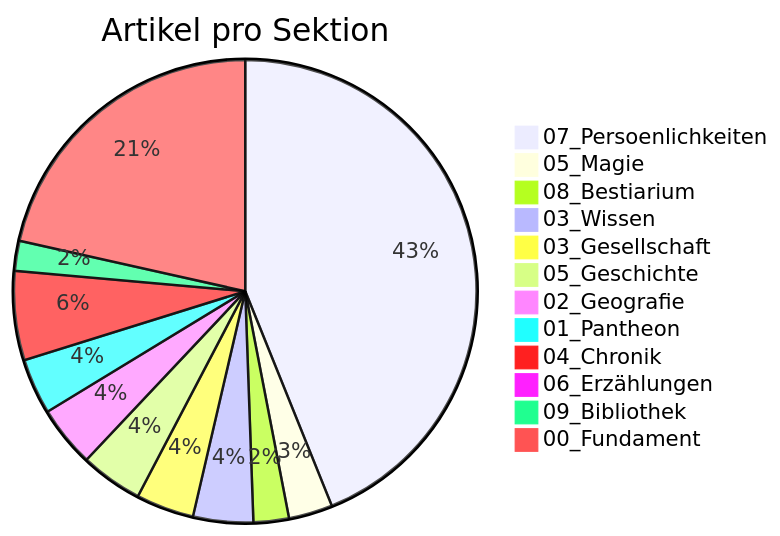
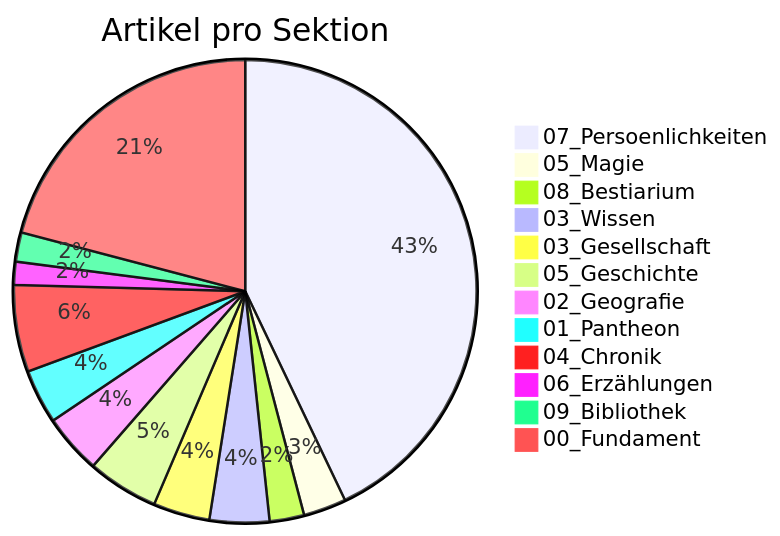
The diagram in docs/Siebenwind_Wiki/10_Archiv/Wiki_Statistiken.md (Siebenwind/7w_wiki), drawn with Mermaid before and after one commit. The commit also changed other lines of this file and 168 other files, not shown here.

````diff
--- a/docs/Siebenwind_Wiki/10_Archiv/Wiki_Statistiken.md
+++ b/docs/Siebenwind_Wiki/10_Archiv/Wiki_Statistiken.md
@@ -39,15 +39,15 @@
 ```mermaid
 pie title Artikel pro Sektion
-    "07_Persoenlichkeiten" : 586
+    "07_Persoenlichkeiten" : 587
     "05_Magie" : 41
     "08_Bestiarium" : 33
-    "03_Wissen" : 56
+    "03_Wissen" : 57
     "03_Gesellschaft" : 54
-    "05_Geschichte" : 58
+    "05_Geschichte" : 68
     "02_Geografie" : 57
     "01_Pantheon" : 52
     "04_Chronik" : 83
-    "06_Erzählungen" : 13
+    "06_Erzählungen" : 22
     "09_Bibliothek" : 28
-    "00_Fundament" : 287
+    "00_Fundament" : 286
 ```
````
